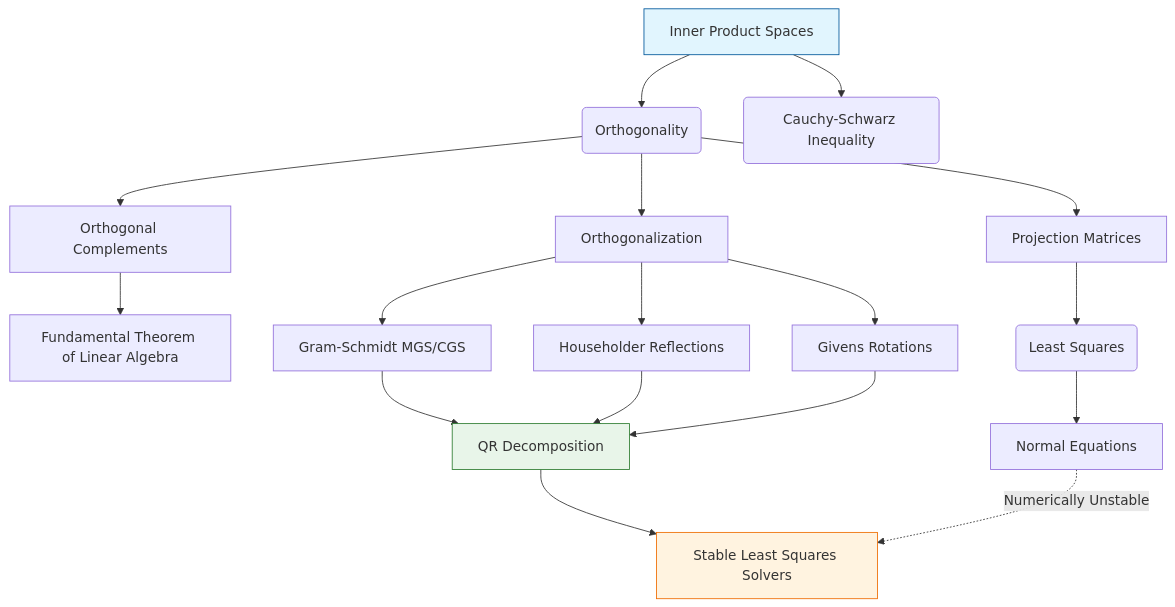
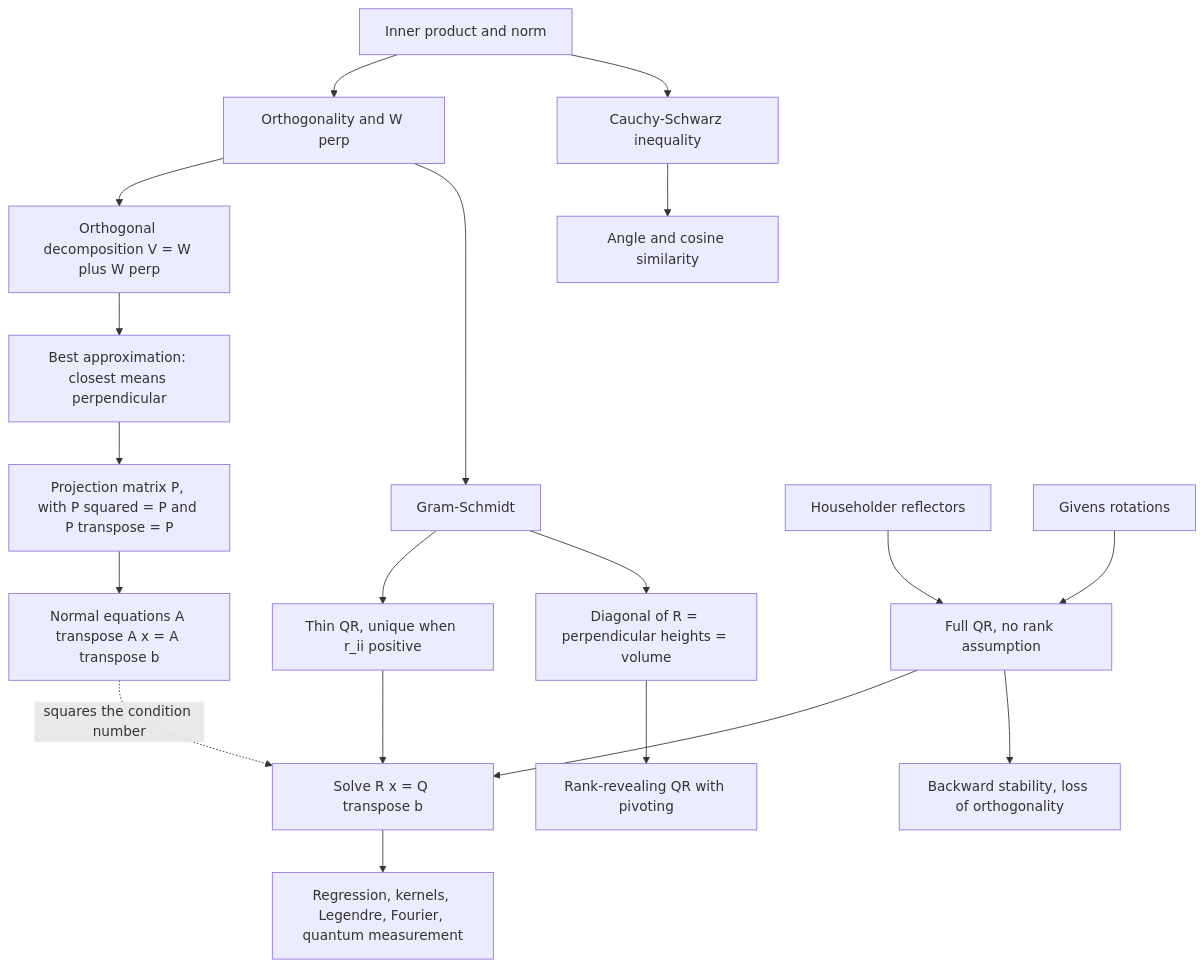
The diagram in linear_algebra/04_orthogonality_projections_and_qr/README.md (hien078/applied-mathematics-foundation), drawn with Mermaid before and after one commit. The commit also changed other lines of this file and 150 other files, not shown here.

````diff
--- a/linear_algebra/04_orthogonality_projections_and_qr/README.md
+++ b/linear_algebra/04_orthogonality_projections_and_qr/README.md
@@ -23,24 +58,21 @@
 ```mermaid
 graph TD
-    A[Inner Product Spaces] --> B(Orthogonality)
-    A --> C(Cauchy-Schwarz Inequality)
-    B --> D[Orthogonal Complements]
-    D --> E[Fundamental Theorem of Linear Algebra]
-    B --> F[Projection Matrices]
-    F --> G(Least Squares)
-    G --> H[Normal Equations]
-    B --> I[Orthogonalization]
-    I --> J[Gram-Schmidt MGS/CGS]
-    I --> K[Householder Reflections]
-    I --> L[Givens Rotations]
-    J --> M[QR Decomposition]
-    K --> M
-    L --> M
-    M --> N[Stable Least Squares Solvers]
-    H -.->|Numerically Unstable| N
-
-    style A fill:#e1f5fe,stroke:#01579b
-    style M fill:#e8f5e9,stroke:#2e7d32
-    style N fill:#fff3e0,stroke:#ef6c00
-
+    A["Inner product and norm"] --> B["Orthogonality and W perp"]
+    A --> C["Cauchy-Schwarz inequality"]
+    C --> D["Angle and cosine similarity"]
+    B --> E["Orthogonal decomposition V = W plus W perp"]
+    E --> F["Best approximation: closest means perpendicular"]
+    F --> G["Projection matrix P, with P squared = P and P transpose = P"]
+    G --> H["Normal equations A transpose A x = A transpose b"]
+    B --> I["Gram-Schmidt"]
+    I --> J["Thin QR, unique when r_ii positive"]
+    K["Householder reflectors"] --> L["Full QR, no rank assumption"]
+    M["Givens rotations"] --> L
+    J --> N["Solve R x = Q transpose b"]
+    L --> N
+    H -.->|"squares the condition number"| N
+    I --> O["Diagonal of R = perpendicular heights = volume"]
+    O --> P["Rank-revealing QR with pivoting"]
+    L --> Q["Backward stability, loss of orthogonality"]
+    N --> R["Regression, kernels, Legendre, Fourier, quantum measurement"]
 ```
````
